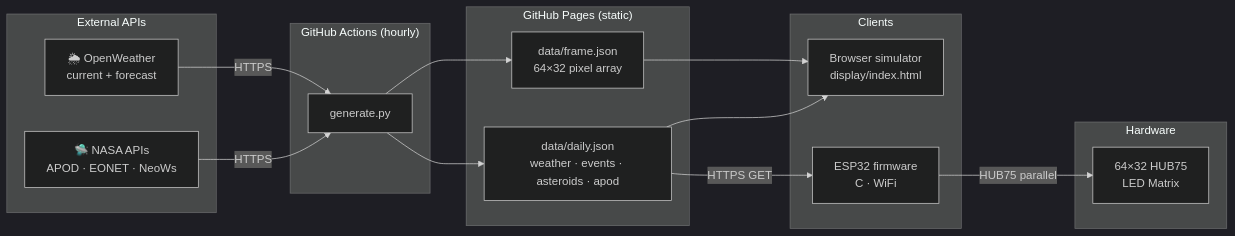
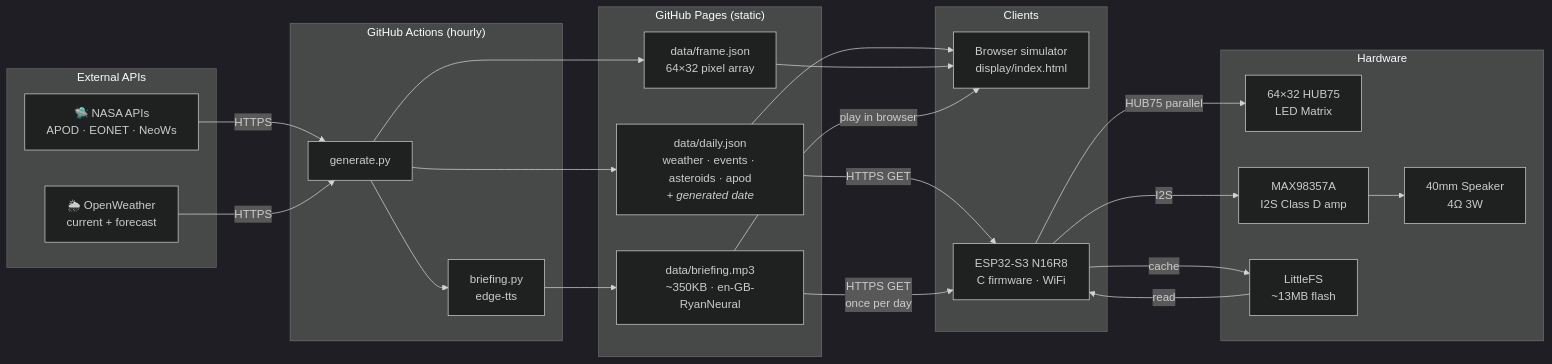
The diagram in docs/architecture.md (art-mon/orrery), drawn with Mermaid (dark theme) before and after one commit. The commit also changed other lines of this file and 1 other file, not shown here.

First line of the commit message:
docs: update partition table and architecture for LittleFS audio storage

````diff
--- a/docs/architecture.md
+++ b/docs/architecture.md
@@ -5,34 +5,47 @@
 ```mermaid
 graph LR
     subgraph apis [" External APIs "]
         NASA["🛸 NASA APIs<br/>APOD · EONET · NeoWs"]
         OWM["🌦 OpenWeather<br/>current + forecast"]
     end
 
     subgraph ci [" GitHub Actions  (hourly) "]
         GEN["generate.py"]
+        BRF["briefing.py<br/>edge-tts"]
     end
 
     subgraph repo [" GitHub Pages (static) "]
-        DJ["data/daily.json<br/>weather · events · asteroids · apod"]
+        DJ["data/daily.json<br/>weather · events · asteroids · apod<br/><i>+ generated date</i>"]
         FJ["data/frame.json<br/>64×32 pixel array"]
+        MP3["data/briefing.mp3<br/>~350KB · en-GB-RyanNeural"]
     end
 
     subgraph clients [" Clients "]
         SIM["Browser simulator<br/>display/index.html"]
-        ESP["ESP32 firmware<br/>C · WiFi"]
+        ESP["ESP32-S3 N16R8<br/>C firmware · WiFi"]
     end
 
-    subgraph matrix [" Hardware "]
+    subgraph hw [" Hardware "]
         LED["64×32 HUB75<br/>LED Matrix"]
+        AMP["MAX98357A<br/>I2S Class D amp"]
+        SPK["40mm Speaker<br/>4Ω 3W"]
+        LFS["LittleFS<br/>~13MB flash"]
     end
 
     NASA -->|HTTPS| GEN
     OWM  -->|HTTPS| GEN
     GEN  --> DJ
     GEN  --> FJ
+    GEN  --> BRF
+    BRF  --> MP3
     DJ   --> SIM
     FJ   --> SIM
+    MP3  -->|play in browser| SIM
     DJ   -->|HTTPS GET| ESP
+    MP3  -->|HTTPS GET<br/>once per day| ESP
+    ESP  -->|cache| LFS
+    LFS  -->|read| ESP
     ESP  -->|HUB75 parallel| LED
+    ESP  -->|I2S| AMP
+    AMP  --> SPK
 ```
````
